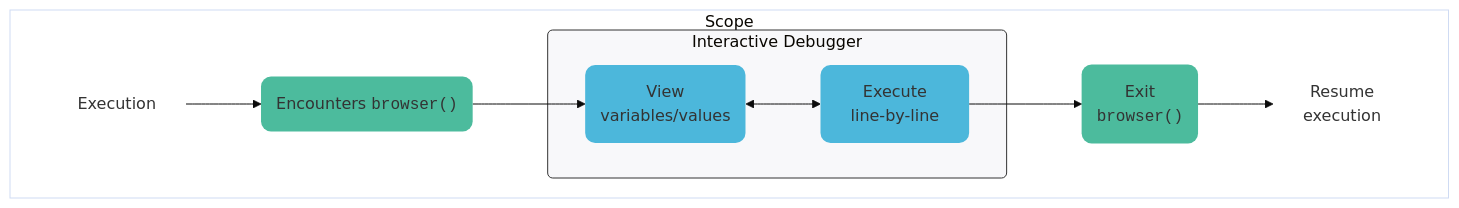
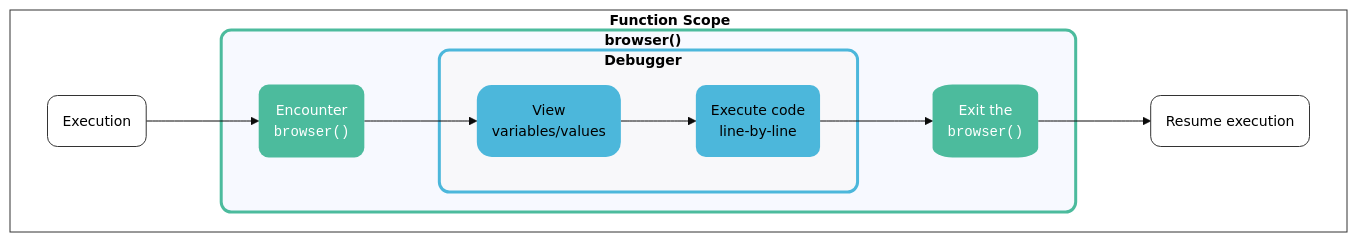
The second of 3 diagrams in debugger.qmd (mjfrigaard/shiny-app-pkgs), drawn with Mermaid before and after one commit. The commit also changed other lines of this file and 35 other files, not shown here.

````diff
--- a/debugger.qmd
+++ b/debugger.qmd
@@ -73,28 +121,36 @@
 ```{mermaid}
-%%| label: function_exec_browser
 %%| fig-align: center
+%%| fig-cap: 'How `browser()` works in regular R function'
 %%{init: {'theme': 'base', 'themeVariables': { 'fontFamily': 'monospace'}}}%%
 flowchart TD
- subgraph Function["Scope"]
-        Running["Execution"] --> Browser("Encounters <code>browser()</code>")
-        Browser --> Debugger("View 
-                              variables/values")
-    subgraph Browse["Interactive Debugger"]
-        Debugger <--> Step["Execute 
-                           line-by-line"]
+    subgraph Function["<strong>Function Scope</strong>"]
+        Running("Execution")
+        Running --> Encounter
+        
+        subgraph BrowserStep["<strong>browser()<strong>"]
+            Encounter("Encounter<br><code>browser()</code>") --> Step1
+            
+            subgraph Debugger["<strong>Debugger</strong>"]
+                Step1("View<br>variables/values") --> Step2("Execute code<br>line-by-line")
+            end
+            Step2 --> ExitBrowser("Exit the<br><code>browser()</code>")
+            
+        end
+        ExitBrowser --> Resume("Resume execution")
+        
     end
-    Step --> Exit("Exit 
-                   <code>browser()</code>")
-    Exit --> Exec["Resume
-                   execution"]
-  end
     
-    style Function fill:#FFFFFF
-    style Debugger fill:#4CB7DB,stroke:none,rx:10,ry:10
-    style Exit fill:#4CBB9D,stroke:none,rx:10,ry:10
-    style Step fill:#4CB7DB,stroke:none,rx:10,ry:10
-    style Running fill:none,stroke:none,rx:10,ry:10
-    style Browse fill:#F8F8FA,stroke:#333,stroke-width:1px,rx:5,ry:5
-    style Browser fill:#4CBB9D,stroke:none,rx:10,ry:10
-    style Exec fill:none,stroke:none,rx:10,ry:10
+    %% subgraphs
+    style Function fill:#FFF,color:#000,stroke:#333,font-size:14px
+    style BrowserStep stroke:#4CBB9D,color:#000,stroke-width:3px,rx:10,ry:10,font-size:14px
+    style Debugger fill:#F8F8FA,color:#000,stroke:#4CB7DB,stroke-width:3px,rx:10,ry:10,font-size:14px
+    
+    %% nodes 
+    style Running fill:#FFF,color:#000,stroke:#333,rx:10,ry:10,font-size:14px
+    style Encounter fill:#4CBB9D,color:#FFFFFF,stroke:none,rx:10,ry:10,font-size:14px
+    style Step1 fill:#4CB7DB,color:#000,stroke:none,rx:15,ry:15,font-size:14px
+    style Step2 fill:#4CB7DB,color:#000,stroke:none,rx:10,ry:10,font-size:14px
+    style ExitBrowser fill:#4CBB9D,color:#FFFFFF,stroke:none,rx:20,ry:10,font-size:14px
+    style Resume fill:#FFF,color:#000,stroke:#333,rx:10,ry:10,font-size:14px
+    
 ```
````
